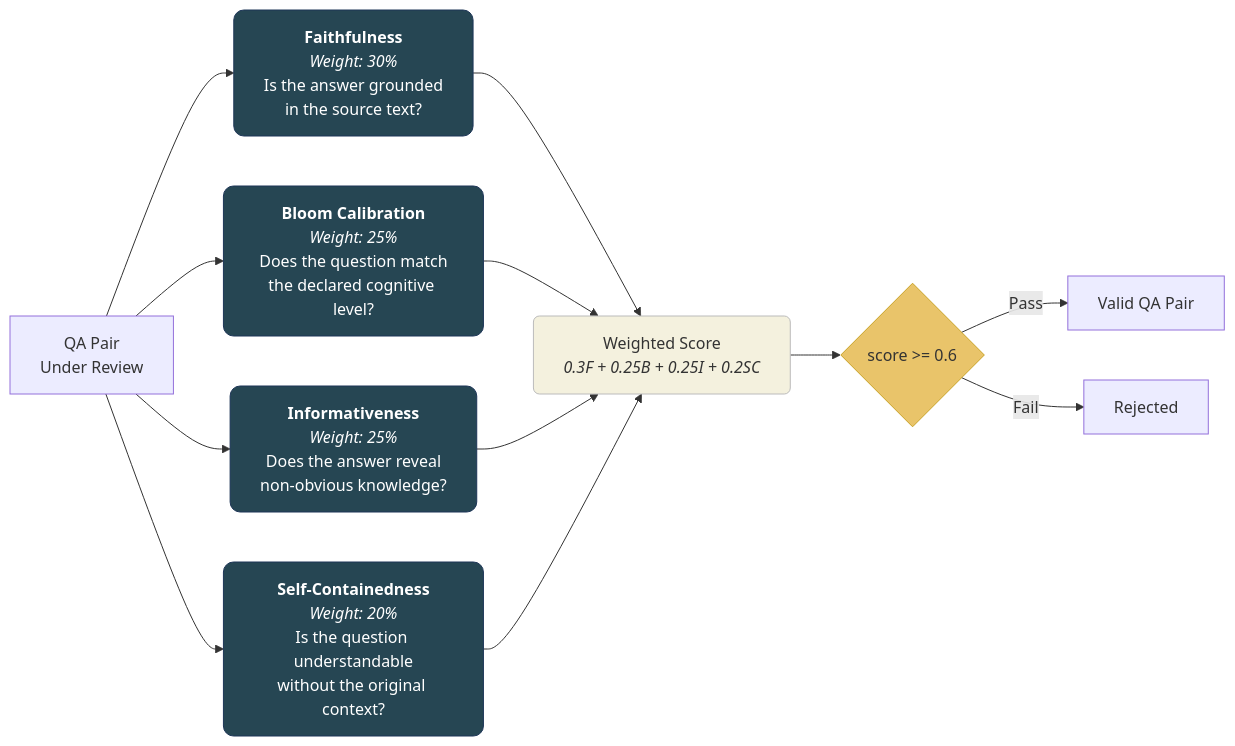
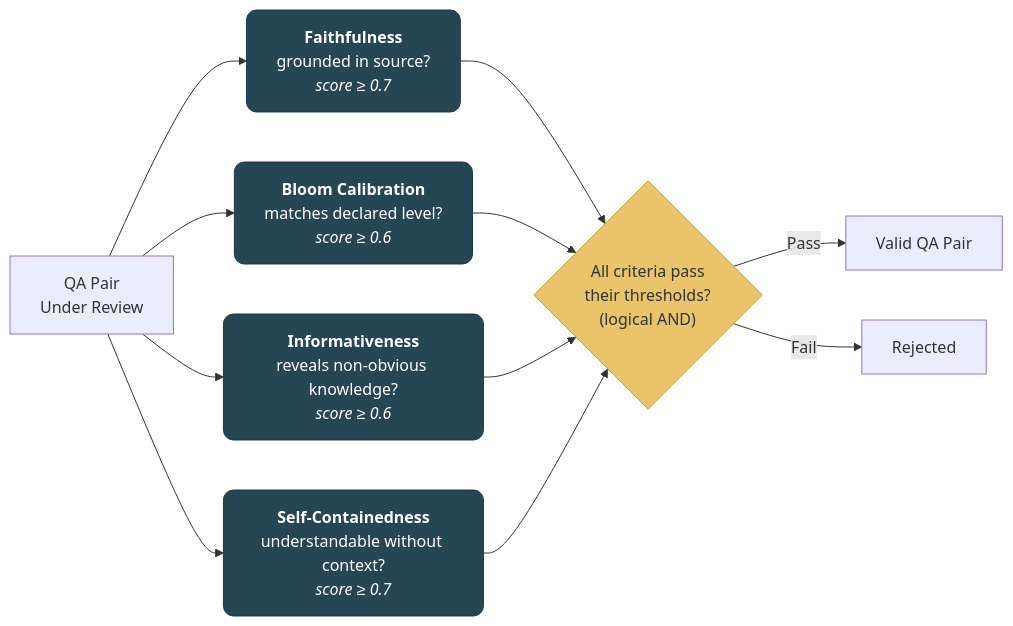
Before and after one commit to FredDsR/arandu: the third of 10 diagrams in docs/methodology.md, drawn with Mermaid. The commit also changed other lines of this file and 62 other files, not shown here.

````diff
--- a/docs/methodology.md
+++ b/docs/methodology.md
@@ -202,24 +206,23 @@
 ```mermaid
 flowchart LR
     classDef criterion fill:#264653,stroke:#1d3557,color:#fff,rx:10,ry:10
     classDef score fill:#f4f1de,stroke:#bbb,color:#333,rx:6,ry:6
     classDef gate fill:#e9c46a,stroke:#c9a227,color:#333,rx:4,ry:4
 
     QA["QA Pair<br/>Under Review"] --> F
     QA --> B
     QA --> I
     QA --> SC
 
-    F["<b>Faithfulness</b><br/><i>Weight: 30%</i><br/>Is the answer grounded<br/>in the source text?"]:::criterion
-    B["<b>Bloom Calibration</b><br/><i>Weight: 25%</i><br/>Does the question match<br/>the declared cognitive level?"]:::criterion
-    I["<b>Informativeness</b><br/><i>Weight: 25%</i><br/>Does the answer reveal<br/>non-obvious knowledge?"]:::criterion
-    SC["<b>Self-Containedness</b><br/><i>Weight: 20%</i><br/>Is the question understandable<br/>without the original context?"]:::criterion
+    F["<b>Faithfulness</b><br/>grounded in source?<br/><i>score &ge; 0.7</i>"]:::criterion
+    B["<b>Bloom Calibration</b><br/>matches declared level?<br/><i>score &ge; 0.6</i>"]:::criterion
+    I["<b>Informativeness</b><br/>reveals non-obvious knowledge?<br/><i>score &ge; 0.6</i>"]:::criterion
+    SC["<b>Self-Containedness</b><br/>understandable without context?<br/><i>score &ge; 0.7</i>"]:::criterion
 
-    F --> WS["Weighted Score<br/><i>0.3F + 0.25B + 0.25I + 0.2SC</i>"]:::score
-    B --> WS
-    I --> WS
-    SC --> WS
-    WS --> G{"score >= 0.6"}:::gate
+    F --> G{"All criteria pass<br/>their thresholds?<br/>(logical AND)"}:::gate
+    B --> G
+    I --> G
+    SC --> G
     G -- "Pass" --> V["Valid QA Pair"]
     G -- "Fail" --> R["Rejected"]
 ```
````
